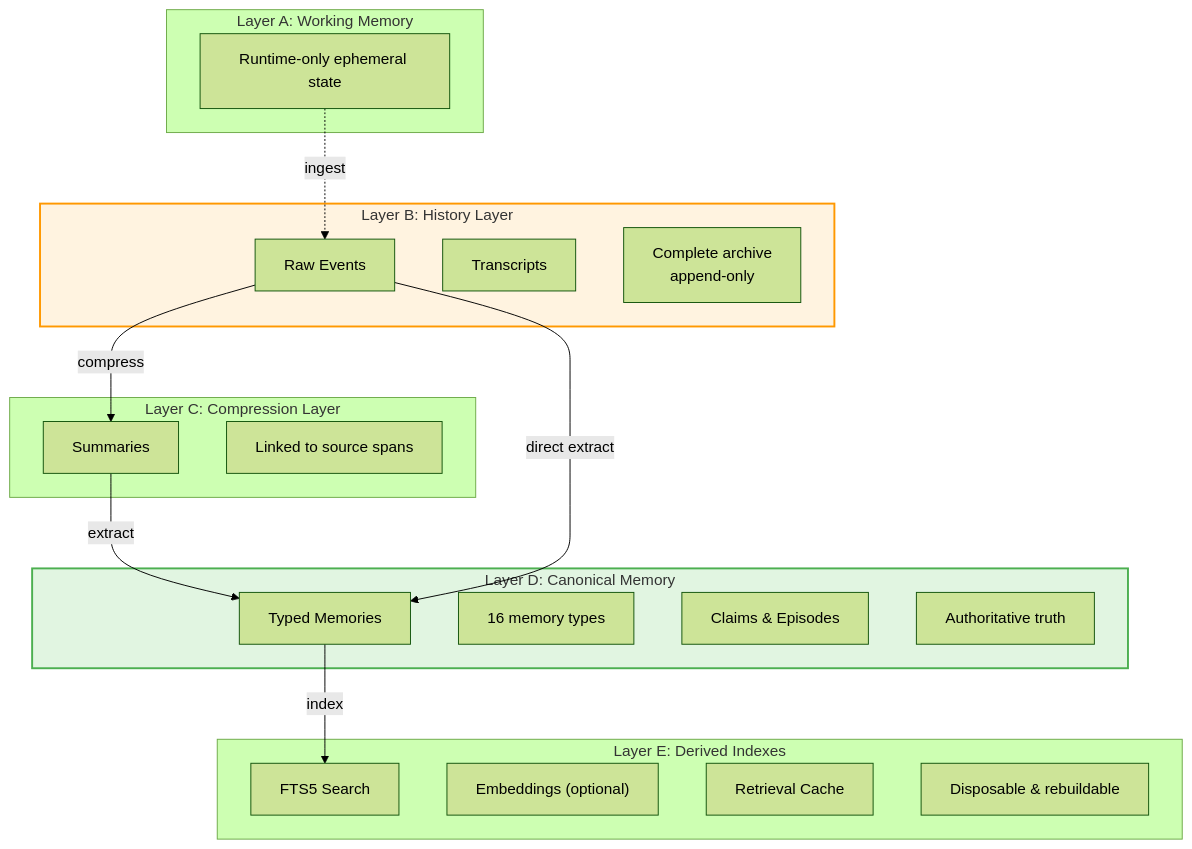
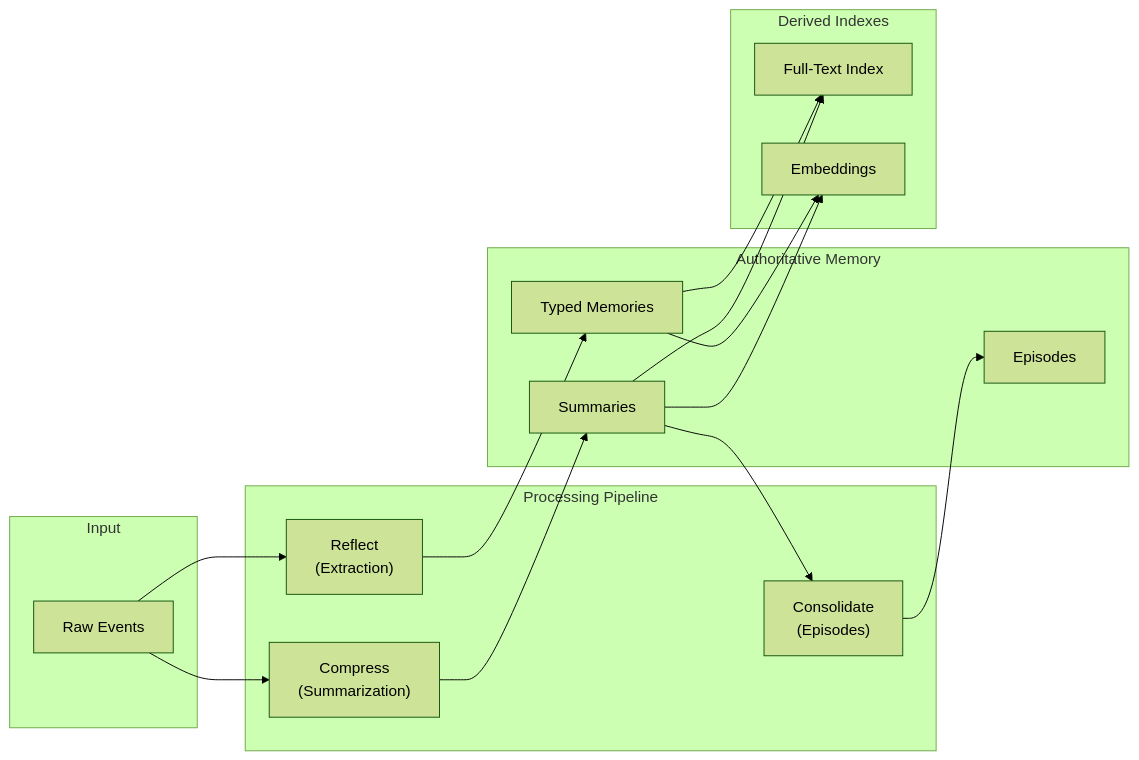
Before and after one commit to BonzTM/agent-memory-manager: the third of 5 diagrams in docs/architecture-diagrams.md, drawn with Mermaid (forest theme). The commit also changed other lines of this file and 3 other files, not shown here.

First line of the commit message:
Document the new adapter and backend architecture

````diff
--- a/docs/architecture-diagrams.md
+++ b/docs/architecture-diagrams.md
@@ -79,41 +70,39 @@
 ```mermaid
-flowchart TB
-    subgraph LayerA["Layer A: Working Memory"]
-        A["Runtime-only ephemeral state"]
+flowchart LR
+    subgraph Input["Input"]
+        E["Raw Events"]
     end
 
-    subgraph LayerB["Layer B: History Layer"]
-        B1["Raw Events"]
-        B2["Transcripts"]
-        B3["Complete archive
-append-only"]
+    subgraph Processing["Processing Pipeline"]
+        Reflect["Reflect
+        (Extraction)"]
+        Compress["Compress
+        (Summarization)"]
+        Consolidate["Consolidate
+        (Episodes)"]
     end
 
-    subgraph LayerC["Layer C: Compression Layer"]
-        C1["Summaries"]
-        C2["Linked to source spans"]
+    subgraph Storage["Authoritative Memory"]
+        M["Typed Memories"]
+        S["Summaries"]
+        Ep["Episodes"]
     end
 
-    subgraph LayerD["Layer D: Canonical Memory"]
-        D1["Typed Memories"]
-        D2["16 memory types"]
-        D3["Claims & Episodes"]
-        D4["Authoritative truth"]
+    subgraph Search["Derived Indexes"]
+        FTS["Full-Text Index"]
+        Vec["Embeddings"]
     end
 
-    subgraph LayerE["Layer E: Derived Indexes"]
-        E1["FTS5 Search"]
-        E2["Embeddings (optional)"]
-        E3["Retrieval Cache"]
-        E4["Disposable & rebuildable"]
-    end
-
-    A -.->|ingest| B1
-    B1 -->|compress| C1
-    C1 -->|extract| D1
-    B1 -->|direct extract| D1
-    D1 -->|index| E1
-
-    style LayerD fill:#e1f5e1,stroke:#4caf50,stroke-width:2px
-    style LayerB fill:#fff3e0,stroke:#ff9800,stroke-width:2px
+    E --> Reflect
+    E --> Compress
+    
+    Reflect --> M
+    Compress --> S
+    S --> Consolidate
+    Consolidate --> Ep
+    
+    M --> FTS
+    S --> FTS
+    M --> Vec
+    S --> Vec
 ```
````
